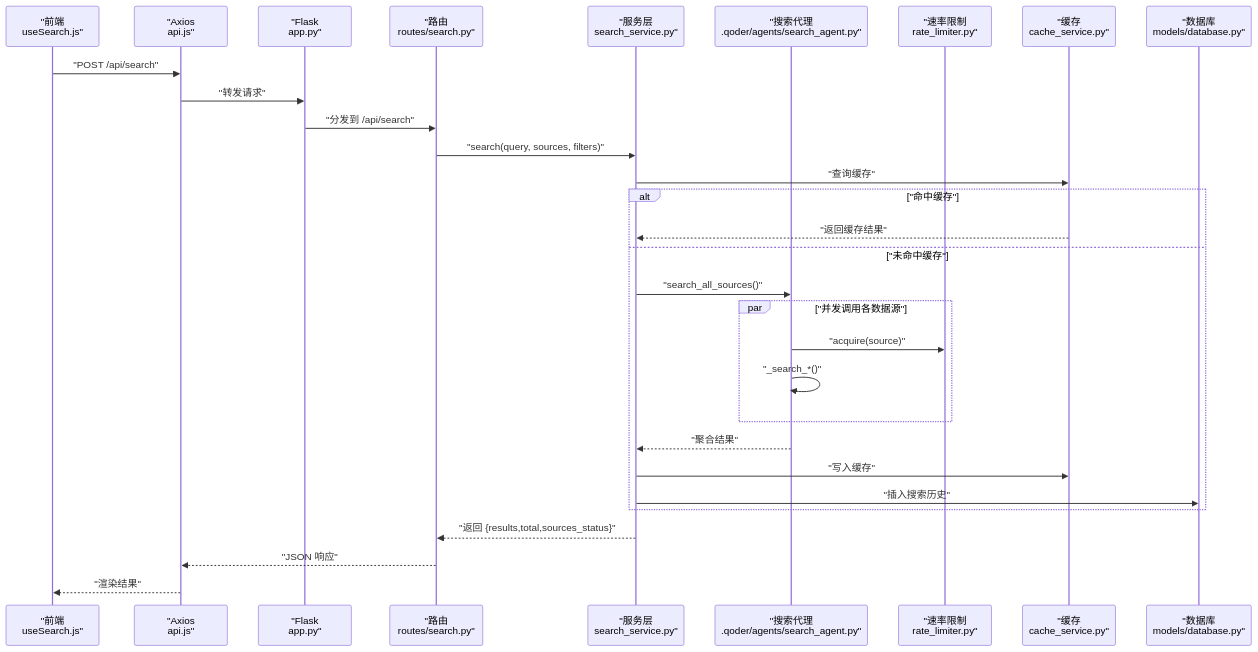
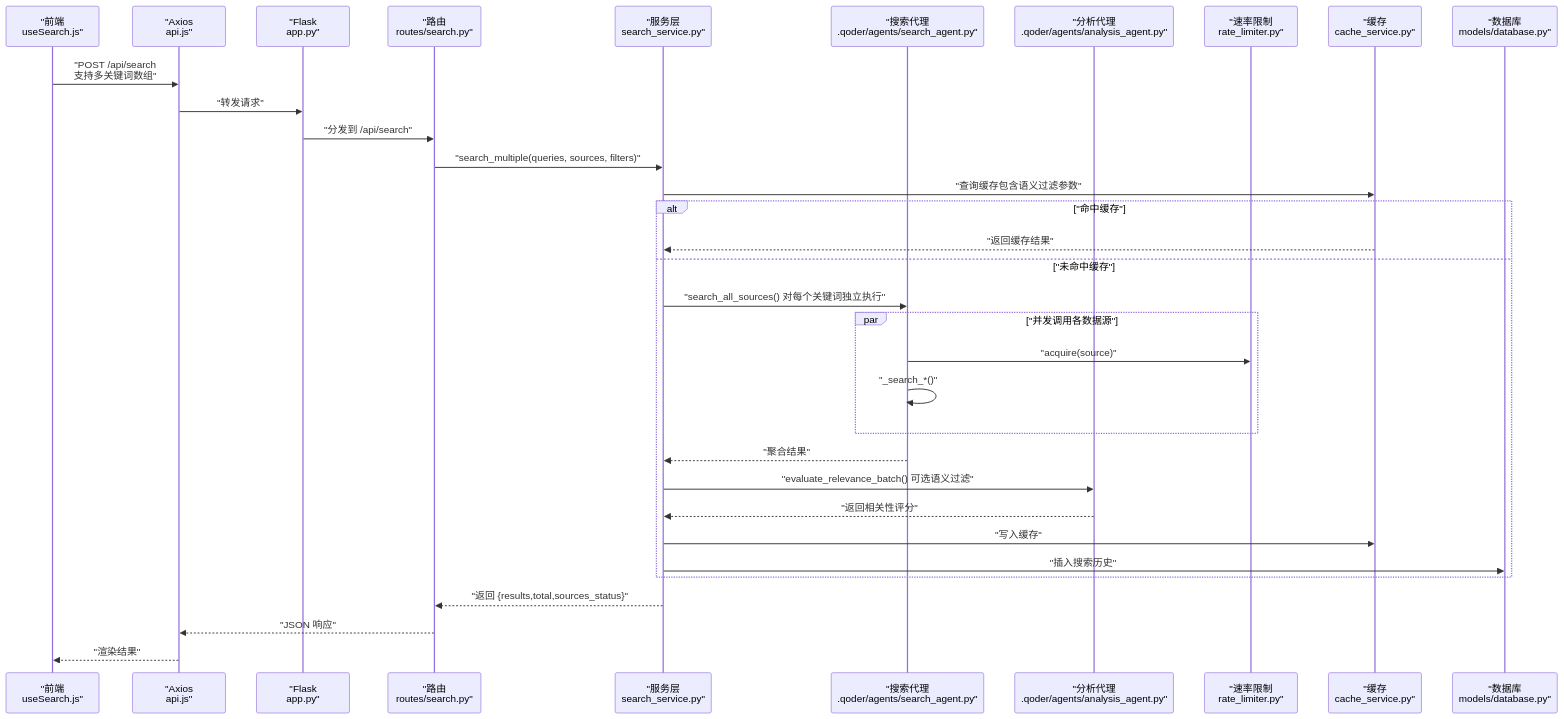
The second of 8 diagrams in .qoder/repowiki/zh/content/AI代理系统/搜索代理.md (wangdy21/search_is_all_you_need), drawn with Mermaid before and after one commit. The commit also changed other lines of this file and 11 other files, not shown here.

````diff
--- a/.qoder/repowiki/zh/content/AI代理系统/搜索代理.md
+++ b/.qoder/repowiki/zh/content/AI代理系统/搜索代理.md
@@ -129,32 +137,35 @@
 ```mermaid
 sequenceDiagram
 participant FE as "前端<br/>useSearch.js"
 participant API as "Axios<br/>api.js"
 participant APP as "Flask<br/>app.py"
 participant ROUTE as "路由<br/>routes/search.py"
 participant SVC as "服务层<br/>search_service.py"
 participant AG as "搜索代理<br/>.qoder/agents/search_agent.py"
+participant AA as "分析代理<br/>.qoder/agents/analysis_agent.py"
 participant RL as "速率限制<br/>rate_limiter.py"
 participant CACHE as "缓存<br/>cache_service.py"
 participant DB as "数据库<br/>models/database.py"
-FE->>API : "POST /api/search"
+FE->>API : "POST /api/search<br/>支持多关键词数组"
 API->>APP : "转发请求"
 APP->>ROUTE : "分发到 /api/search"
-ROUTE->>SVC : "search(query, sources, filters)"
-SVC->>CACHE : "查询缓存"
+ROUTE->>SVC : "search_multiple(queries, sources, filters)"
+SVC->>CACHE : "查询缓存包含语义过滤参数"
 alt "命中缓存"
 CACHE-->>SVC : "返回缓存结果"
 else "未命中缓存"
-SVC->>AG : "search_all_sources()"
+SVC->>AG : "search_all_sources() 对每个关键词独立执行"
 par "并发调用各数据源"
 AG->>RL : "acquire(source)"
 AG->>AG : "_search_*()"
 end
 AG-->>SVC : "聚合结果"
+SVC->>AA : "evaluate_relevance_batch() 可选语义过滤"
+AA-->>SVC : "返回相关性评分"
 SVC->>CACHE : "写入缓存"
 SVC->>DB : "插入搜索历史"
 end
 SVC-->>ROUTE : "返回 {results,total,sources_status}"
 ROUTE-->>API : "JSON 响应"
 API-->>FE : "渲染结果"
 ```
````
